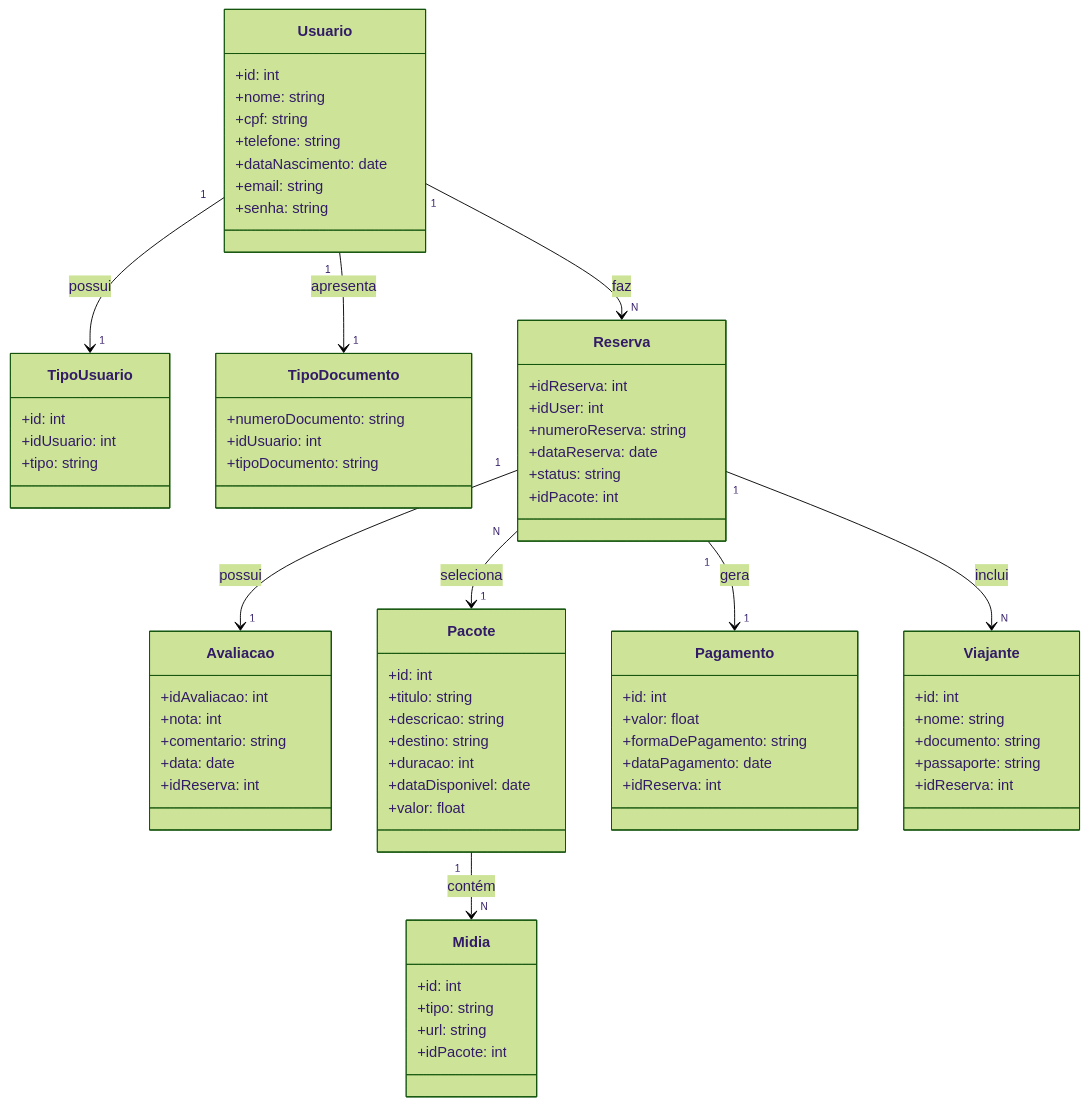
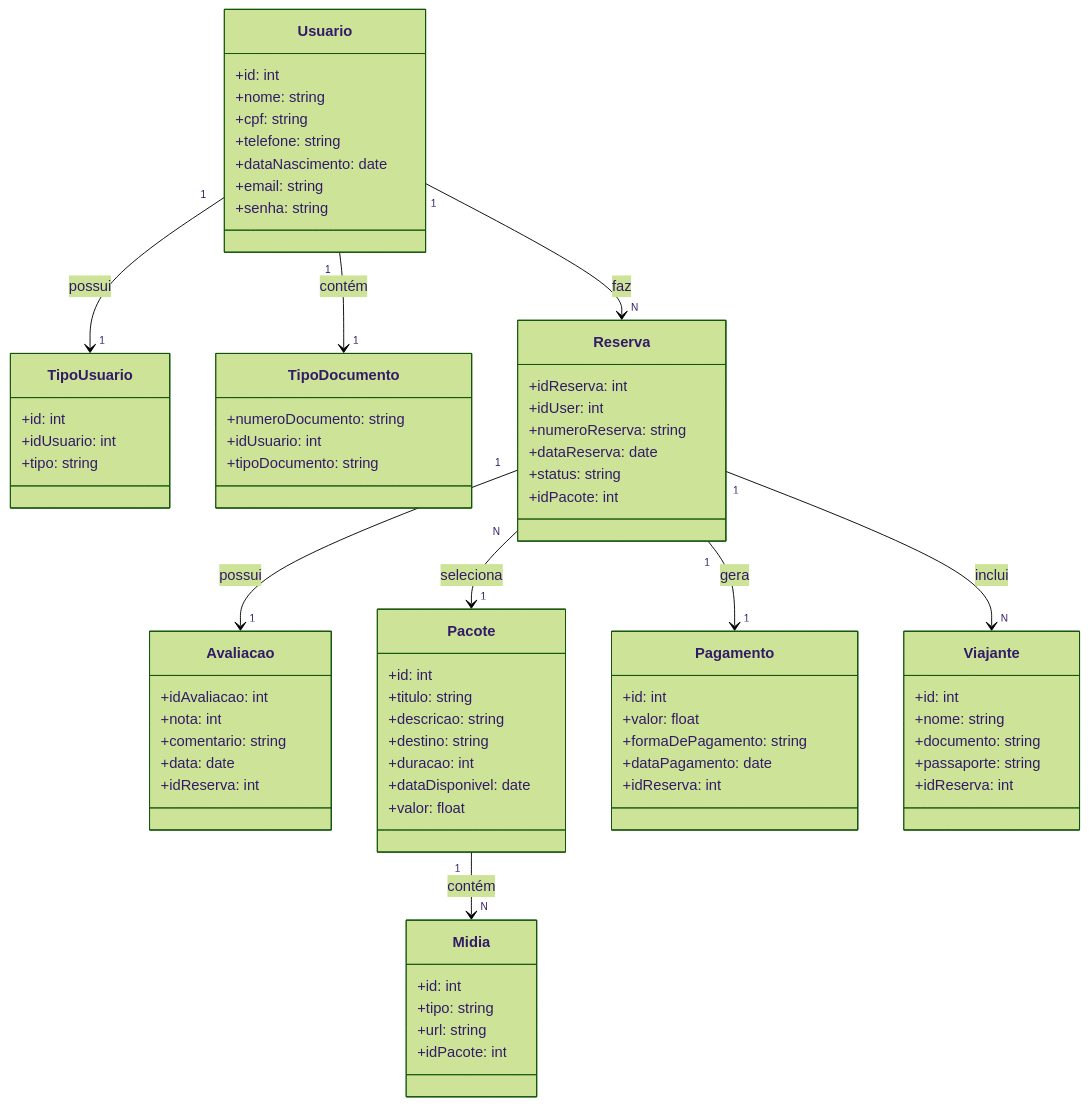
One commit to JuliaaSilv/Sistema-De-Viagem changed the diagram in README.md. Above: the diagram before and after it, drawn with Mermaid (forest theme).

```diff
--- a/README.md
+++ b/README.md
@@ -77,7 +77,7 @@
 %% ========= RELACIONAMENTOS =========
 
 Usuario "1" --> "1" TipoUsuario : possui
-Usuario "1" --> "1" TipoDocumento : apresenta
+Usuario "1" --> "1" TipoDocumento : contém
 Usuario "1" --> "N" Reserva : faz
 
 Reserva "1" --> "1" Avaliacao : possui
```
